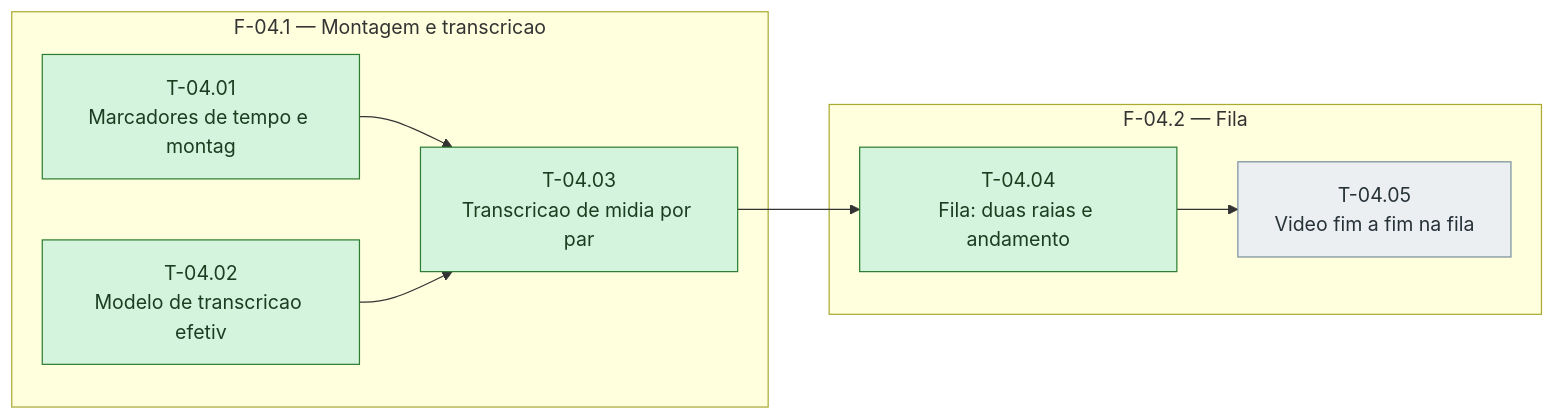
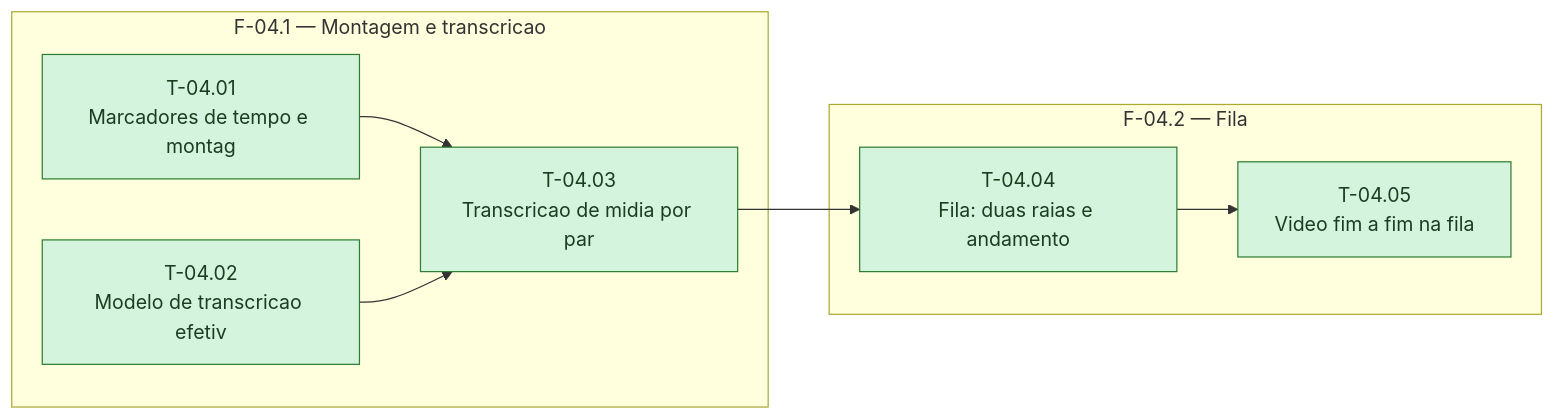
The diagram in docs/conhecimento-em-video/sprint-04/fases.md (bittencourtthulio/converse-chatbot), drawn with Mermaid before and after one commit. The commit also changed 5 other files, not shown here.

````diff
--- a/docs/conhecimento-em-video/sprint-04/fases.md
+++ b/docs/conhecimento-em-video/sprint-04/fases.md
@@ -31,29 +31,29 @@
 ```mermaid
 %% Grafo de tasks — sprint-04 — gerado pela sprintx a partir de tasks.md
 flowchart LR
   subgraph fase_04_1["F-04.1 — Montagem e transcricao"]
     T_04_01["T-04.01<br/>Marcadores de tempo e montag"]
     T_04_02["T-04.02<br/>Modelo de transcricao efetiv"]
     T_04_03["T-04.03<br/>Transcricao de midia por par"]
   end
   subgraph fase_04_2["F-04.2 — Fila"]
     T_04_04["T-04.04<br/>Fila: duas raias e andamento"]
     T_04_05["T-04.05<br/>Video fim a fim na fila"]
   end
   T_04_01 --> T_04_03
   T_04_02 --> T_04_03
   T_04_03 --> T_04_04
   T_04_04 --> T_04_05
 
   classDef concluida fill:#d4f4dd,stroke:#2e7d32,color:#1b3d20
   classDef andamento fill:#fff3cd,stroke:#b8860b,color:#4a3800
   classDef bloqueada fill:#f8d7da,stroke:#c62828,color:#4a1d1f
   classDef pendente  fill:#eceff1,stroke:#78909c,color:#263238
   classDef critico   stroke-width:3px
 
   class T_04_01 concluida
   class T_04_02 concluida
   class T_04_03 concluida
   class T_04_04 concluida
-  class T_04_05 pendente
+  class T_04_05 concluida
 ```
````
